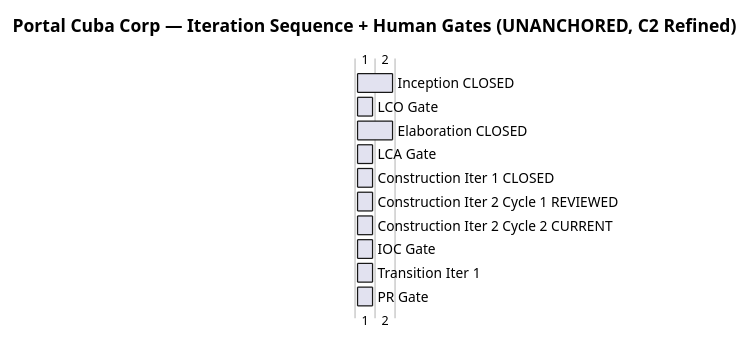
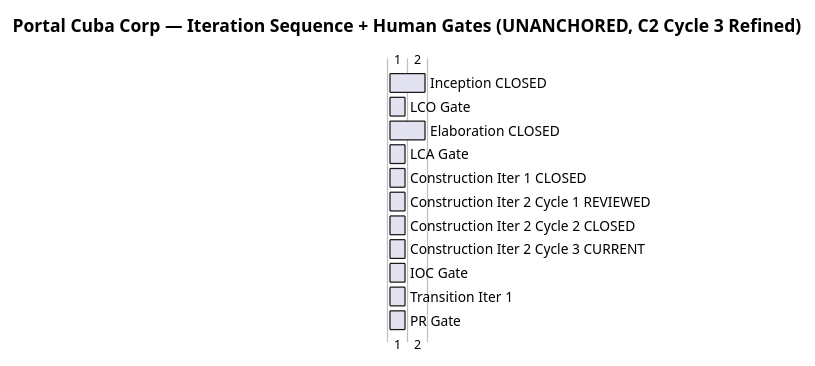
One commit to banense-test/portal-cuba-corp changed the first of 2 diagrams in docs/artifacts/project-management/iteration-plan.md. Above: the diagram before and after it, drawn with PlantUML. The commit also changed other lines of this file, not shown here.

First line of the commit message:
Project Manager [C2]: upsert Iteration Plan

````diff
--- a/docs/artifacts/project-management/iteration-plan.md
+++ b/docs/artifacts/project-management/iteration-plan.md
@@ -44,16 +46,17 @@
 ```plantuml
 @startgantt
-title Portal Cuba Corp — Iteration Sequence + Human Gates (UNANCHORED, C2 Refined)
+title Portal Cuba Corp — Iteration Sequence + Human Gates (UNANCHORED, C2 Cycle 3 Refined)
 
 [Inception CLOSED] lasts 2 days
 [LCO Gate] lasts 1 day
 [Elaboration CLOSED] lasts 2 days
 [LCA Gate] lasts 1 day
 [Construction Iter 1 CLOSED] lasts 1 day
 [Construction Iter 2 Cycle 1 REVIEWED] lasts 1 day
-[Construction Iter 2 Cycle 2 CURRENT] lasts 1 day
+[Construction Iter 2 Cycle 2 CLOSED] lasts 1 day
+[Construction Iter 2 Cycle 3 CURRENT] lasts 1 day
 [IOC Gate] lasts 1 day
 [Transition Iter 1] lasts 1 day
 [PR Gate] lasts 1 day
 @endgantt
 ```
````
